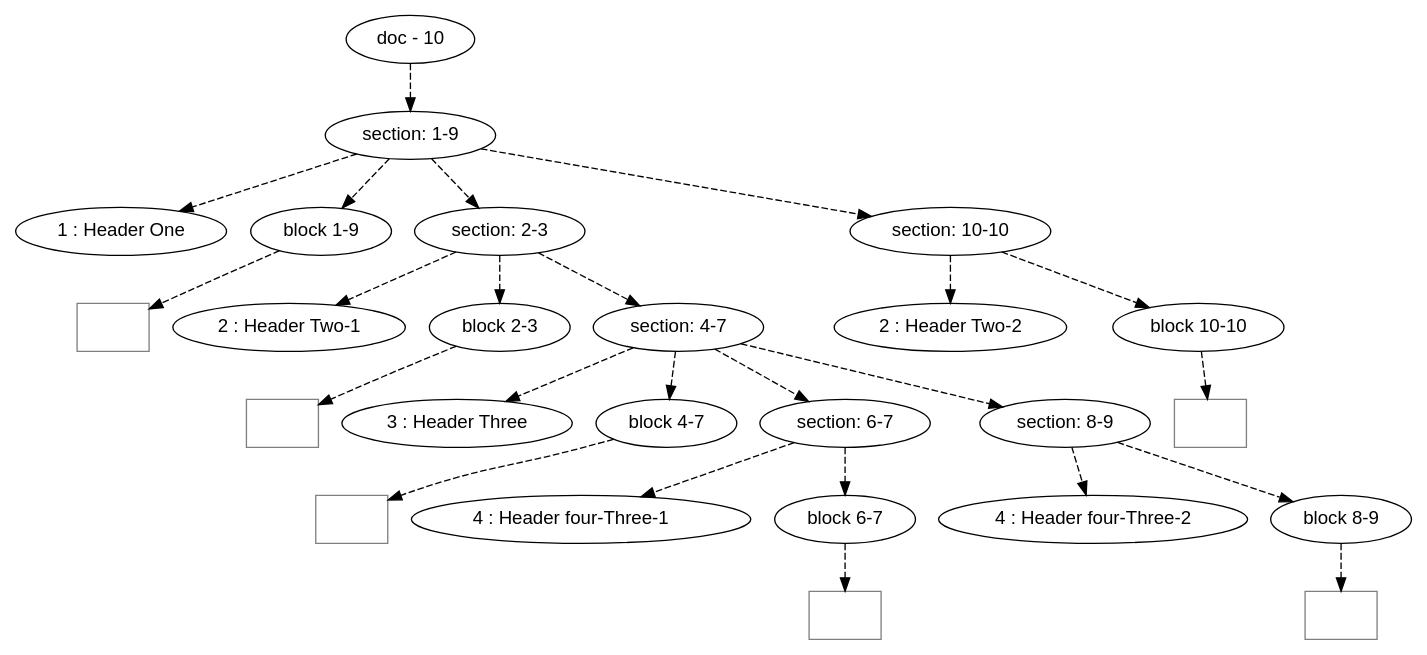
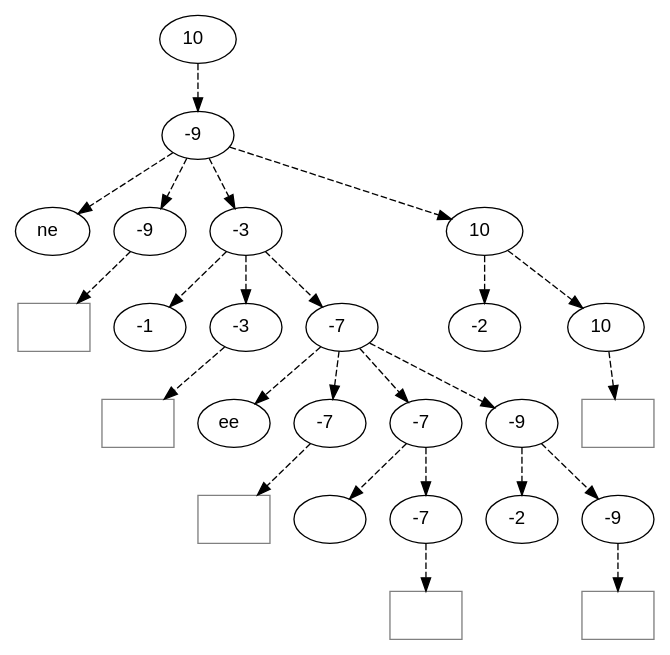
Before and after one commit to mnemnion/orb: the diagram in orb/dot/samples/headers.gm.dot, drawn with Graphviz. The commit also changed 122 other files, not shown here.

```diff
--- a/orb/dot/samples/headers.gm.dot
+++ b/orb/dot/samples/headers.gm.dot
@@ -1,71 +1,71 @@
 digraph hierarchy {
 
 node [fontname=Helvetica]
 edge [style=dashed]
 
-doc_0 [label="doc - 10"]
+doc_0 [label="10  "]
 
 doc_0 -> { section_1}
 {rank=same; section_1}
 
-section_1 [label="section: 1-9"]
+section_1 [label="-9  "]
 
 section_1 -> { header_2 block_3 section_4 section_5}
 {rank=same; header_2 block_3 section_4 section_5}
 
-header_2 [label="1 : Header One"]
-block_3 [label="block 1-9"]
-section_4 [label="section: 2-3"]
-section_5 [label="section: 10-10"]
+header_2 [label="ne  "]
+block_3 [label="-9  "]
+section_4 [label="-3  "]
+section_5 [label="10  "]
 
 
 block_3 -> leaf_6
 leaf_6  [color=Gray,shape=rectangle,fontname=Inconsolata,label=""]section_4 -> { header_7 block_8 section_9}
 {rank=same; header_7 block_8 section_9}
 
-header_7 [label="2 : Header Two-1"]
-block_8 [label="block 2-3"]
-section_9 [label="section: 4-7"]
+header_7 [label="-1  "]
+block_8 [label="-3  "]
+section_9 [label="-7  "]
 
 
 block_8 -> leaf_10
 leaf_10  [color=Gray,shape=rectangle,fontname=Inconsolata,label="
 "]section_9 -> { header_11 block_12 section_13 section_14}
 {rank=same; header_11 block_12 section_13 section_14}
 
-header_11 [label="3 : Header Three"]
-block_12 [label="block 4-7"]
-section_13 [label="section: 6-7"]
-section_14 [label="section: 8-9"]
+header_11 [label="ee  "]
+block_12 [label="-7  "]
+section_13 [label="-7  "]
+section_14 [label="-9  "]
 
 
 block_12 -> leaf_15
 leaf_15  [color=Gray,shape=rectangle,fontname=Inconsolata,label="    
 "]section_13 -> { header_16 block_17}
 {rank=same; header_16 block_17}
 
-header_16 [label="4 : Header four-Three-1    "]
-block_17 [label="block 6-7"]
+header_16 [label="    "]
+block_17 [label="-7  "]
 
 
 block_17 -> leaf_18
 leaf_18  [color=Gray,shape=rectangle,fontname=Inconsolata,label="
 "]section_14 -> { header_19 block_20}
 {rank=same; header_19 block_20}
 
-header_19 [label="4 : Header four-Three-2"]
-block_20 [label="block 8-9"]
+header_19 [label="-2  "]
+block_20 [label="-9  "]
 
 
 block_20 -> leaf_21
 leaf_21  [color=Gray,shape=rectangle,fontname=Inconsolata,label="
 "]section_5 -> { header_22 block_23}
 {rank=same; header_22 block_23}
 
-header_22 [label="2 : Header Two-2"]
-block_23 [label="block 10-10"]
+header_22 [label="-2  "]
+block_23 [label="10  "]
 
 
 block_23 -> leaf_24
 leaf_24  [color=Gray,shape=rectangle,fontname=Inconsolata,label=""]
 }
```
